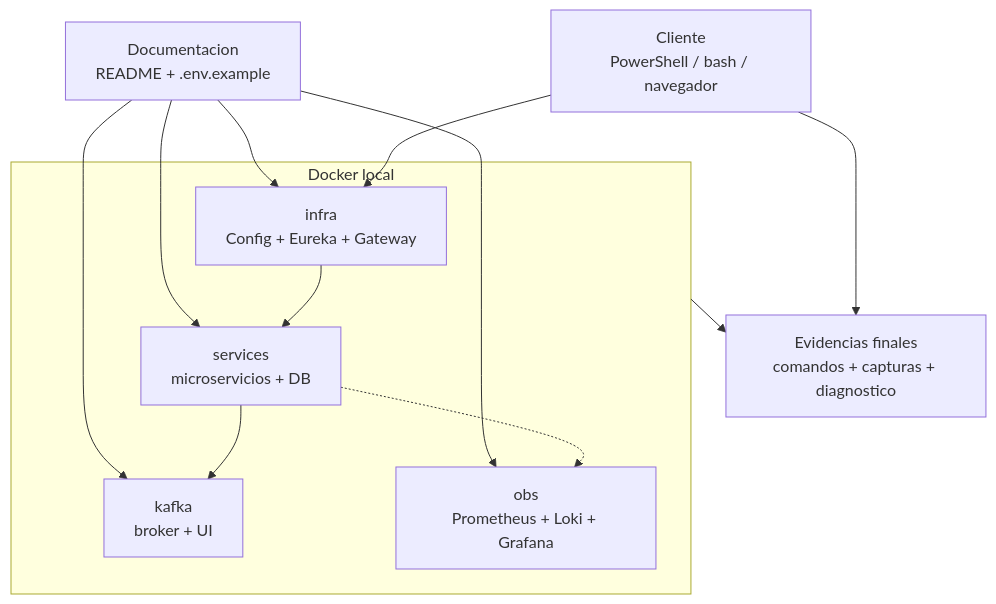
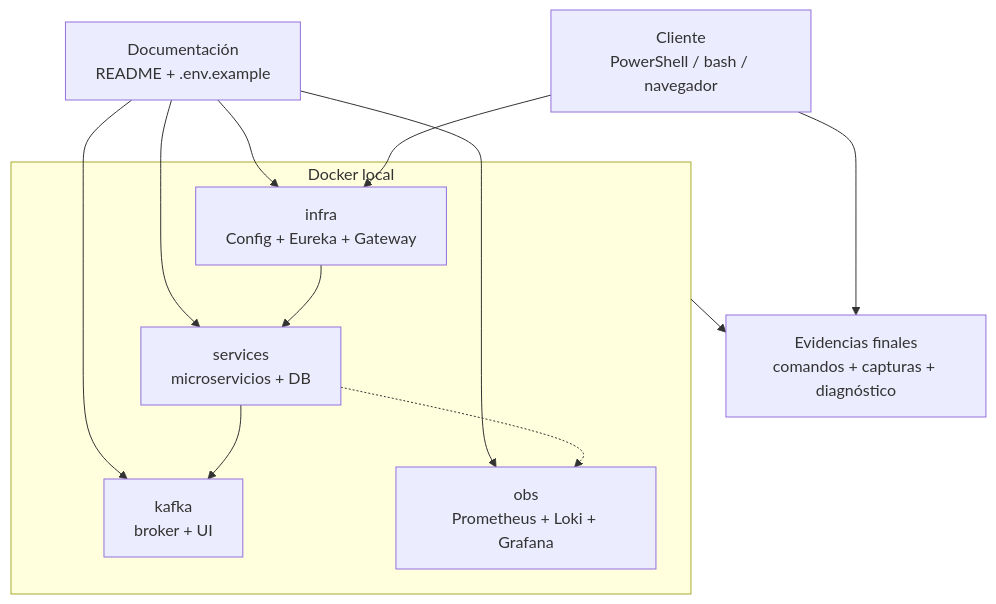
One commit to 261dist/ecom changed the second of 2 diagrams in docs/sesiones/s14-cierre-tecnico.md. Above: the diagram before and after it, drawn with Mermaid. The commit also changed other lines of this file and 21 other files, not shown here.

````diff
--- a/docs/sesiones/s14-cierre-tecnico.md
+++ b/docs/sesiones/s14-cierre-tecnico.md
@@ -71,25 +71,25 @@
 ```mermaid
 flowchart TB
-    Doc["Documentacion<br/>README + .env.example"]
+    Doc["Documentación<br/>README + .env.example"]
 
     subgraph Docker["Docker local"]
         Infra["infra<br/>Config + Eureka + Gateway"]
         Services["services<br/>microservicios + DB"]
         Kafka["kafka<br/>broker + UI"]
         Obs["obs<br/>Prometheus + Loki + Grafana"]
     end
 
     Cliente["Cliente<br/>PowerShell / bash / navegador"]
-    Evidencias["Evidencias finales<br/>comandos + capturas + diagnostico"]
+    Evidencias["Evidencias finales<br/>comandos + capturas + diagnóstico"]
 
     Doc --> Infra
     Doc --> Services
     Doc --> Kafka
     Doc --> Obs
     Cliente --> Infra
     Infra --> Services
     Services --> Kafka
     Services -.-> Obs
     Cliente --> Evidencias
     Docker --> Evidencias
 ```
````
